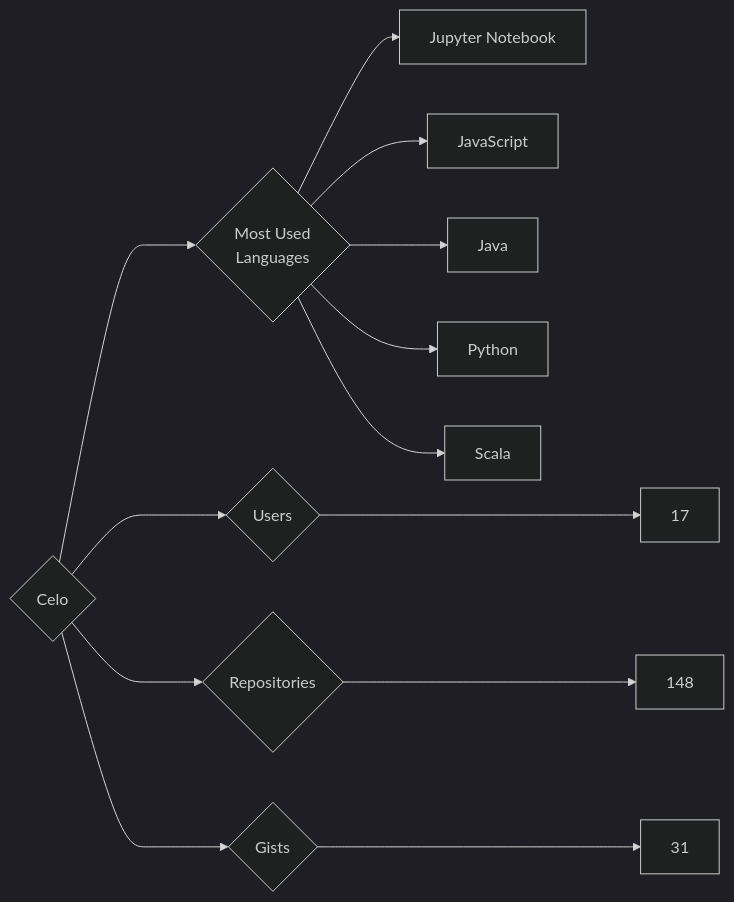
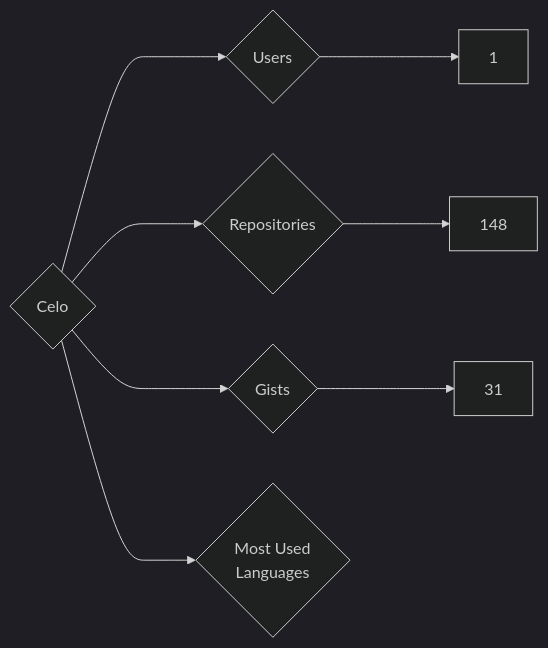
Before and after one commit to trickest/insiders: the diagram in targets/Celo/README.md, drawn with Mermaid (dark theme). The commit also changed 951 other files, not shown here.

````diff
--- a/targets/Celo/README.md
+++ b/targets/Celo/README.md
@@ -3,13 +3,8 @@
 ```mermaid
 graph LR
 COMPANY_NAME{Celo}
-COMPANY_NAME ---> U{Users} ---> UN[17]
+COMPANY_NAME ---> U{Users} ---> UN[1]
 COMPANY_NAME ---> R{Repositories} ---> RN[148]
 COMPANY_NAME ---> G{Gists} ---> GN[31]
 COMPANY_NAME ---> ML{Most Used<br>Languages}
-ML --> Jupyter_Notebook[Jupyter Notebook]
-ML --> JavaScript[JavaScript]
-ML --> Java[Java]
-ML --> Python[Python]
-ML --> Scala[Scala]
 ```
````
